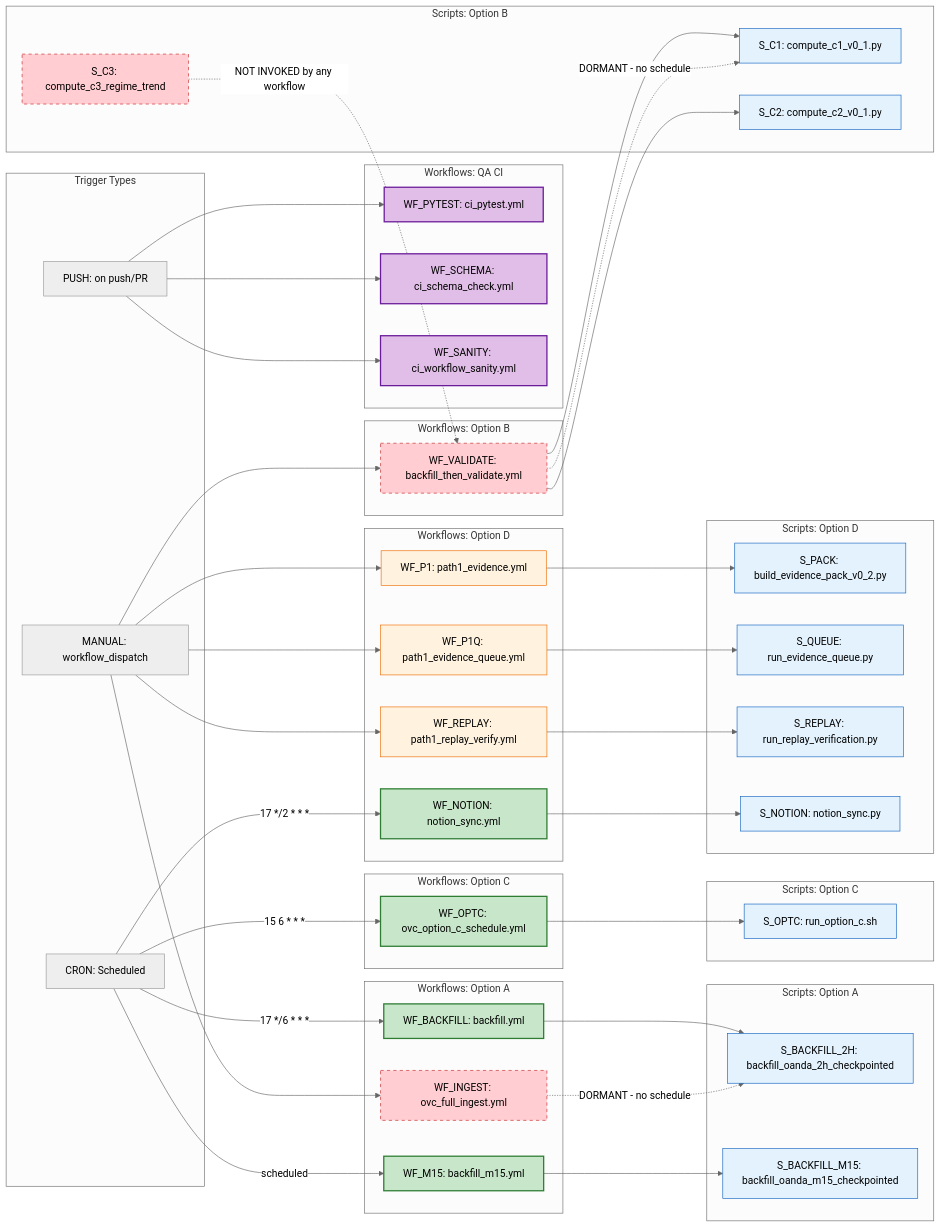
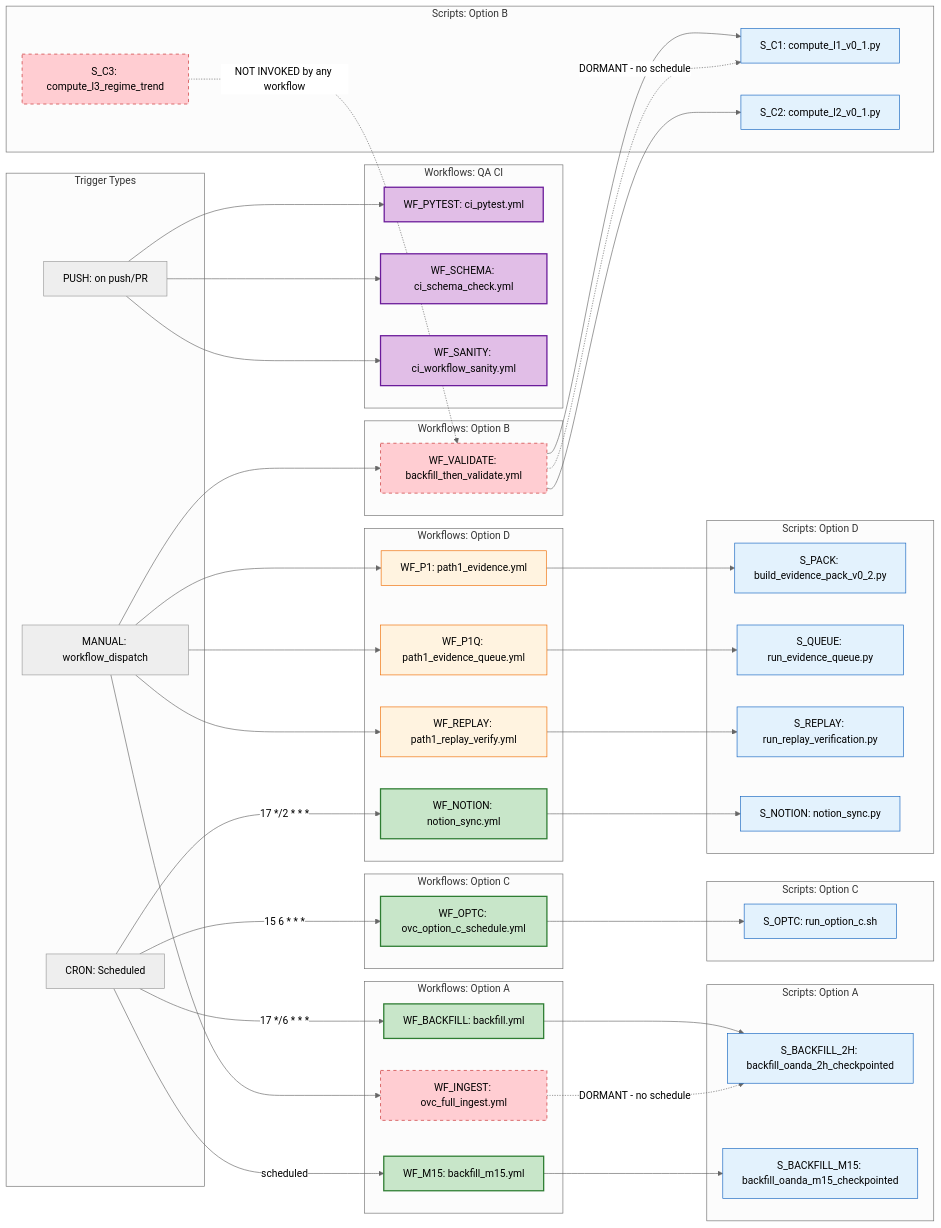
Before and after one commit to owenguobadia24s-collab/ovc-infra: the diagram in Tetsu/OVC_REPO_MAZE/15_REPO_GRAPHS/10_OPTION_FLOW/GRAPH_12__OVERVIEW__ORCHESTRATION.md, drawn with Mermaid (neutral theme). The commit also changed other lines of this file and 148 other files, not shown here.

```diff
--- a/Tetsu/OVC_REPO_MAZE/15_REPO_GRAPHS/10_OPTION_FLOW/GRAPH_12__OVERVIEW__ORCHESTRATION.md
+++ b/Tetsu/OVC_REPO_MAZE/15_REPO_GRAPHS/10_OPTION_FLOW/GRAPH_12__OVERVIEW__ORCHESTRATION.md
@@ -55,9 +55,9 @@
   end
 
   subgraph SCRIPTS_B[Scripts: Option B]
-    S_C1[S_C1: compute_c1_v0_1.py]
-    S_C2[S_C2: compute_c2_v0_1.py]
-    S_C3[S_C3: compute_c3_regime_trend]
+    S_C1[S_C1: compute_l1_v0_1.py]
+    S_C2[S_C2: compute_l2_v0_1.py]
+    S_C3[S_C3: compute_l3_regime_trend]
   end
 
   subgraph SCRIPTS_C[Scripts: Option C]
```
